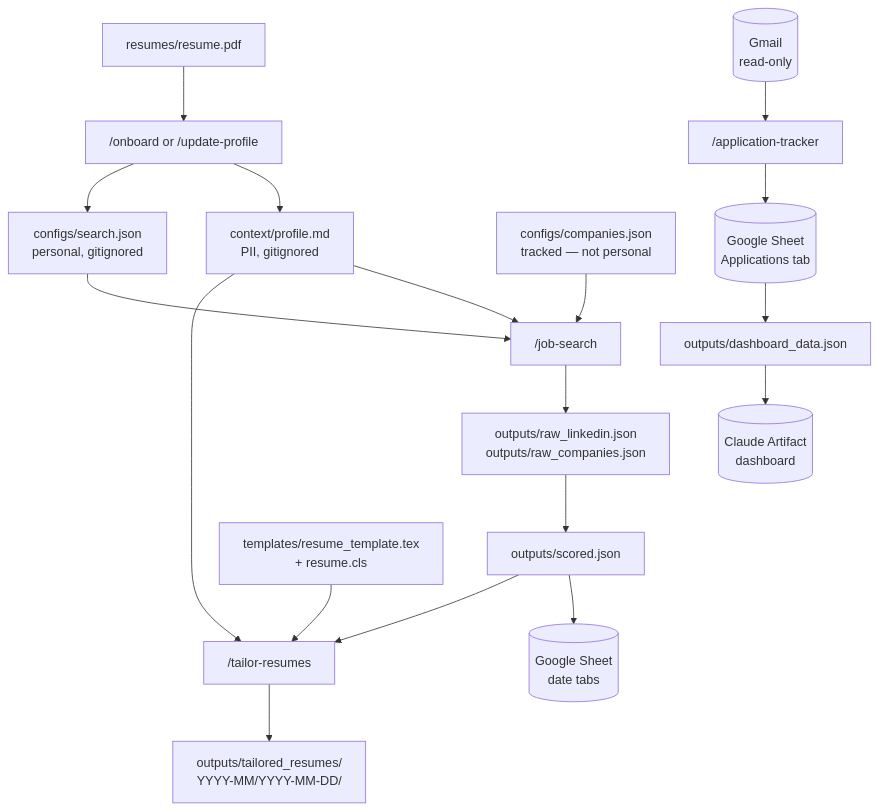
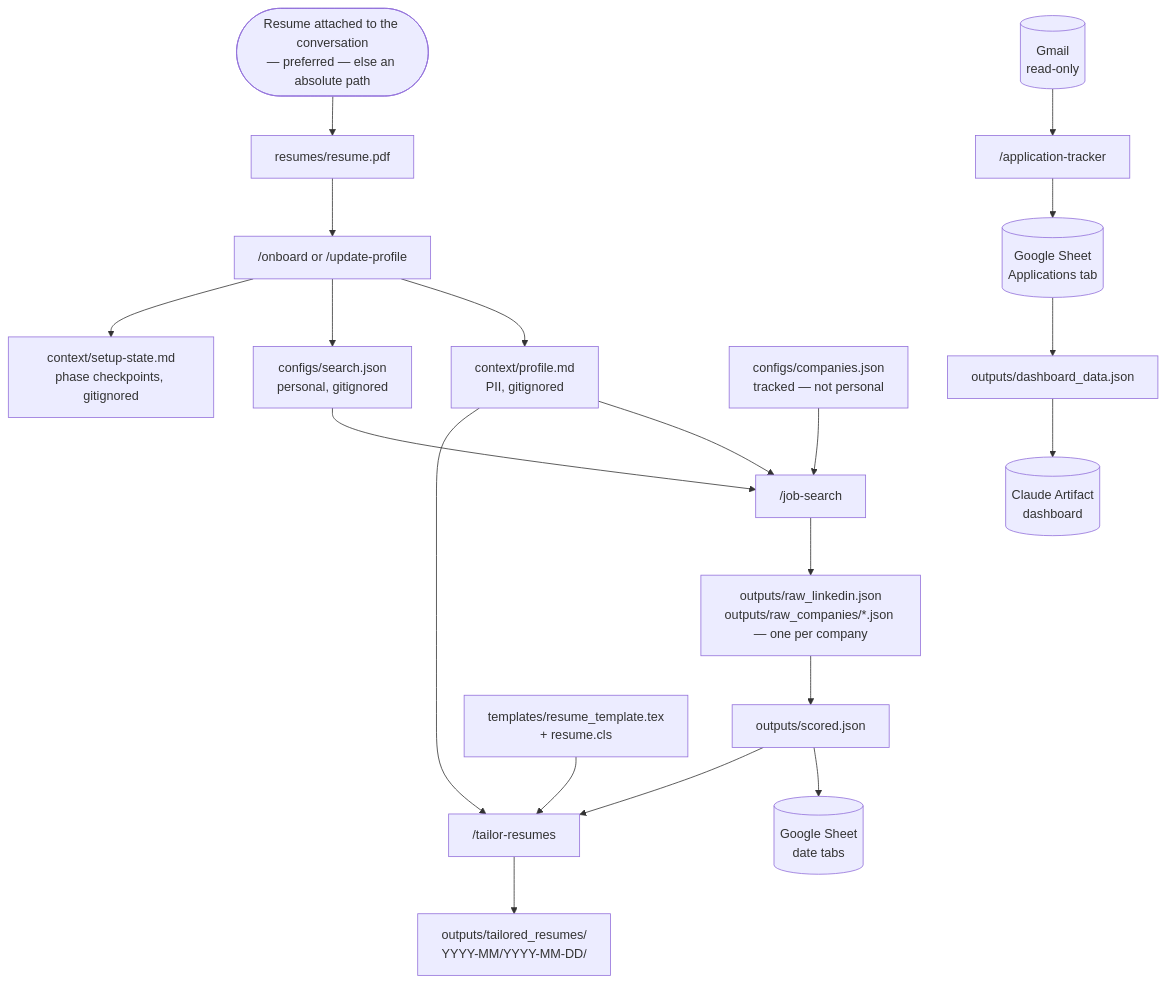
Before and after one commit to SahilGogna/job-search-os: the ninth of 9 diagrams in docs/architecture.md, drawn with Mermaid. The commit also changed other lines of this file and 17 other files, not shown here.

First line of the commit message:
Harden setup: keep credentials out of the transcript, fix resume skills table

````diff
--- a/docs/architecture.md
+++ b/docs/architecture.md
@@ -223,22 +263,24 @@
 ```mermaid
 flowchart TD
-    R["resumes/resume.pdf"] --> ONB["/onboard or /update-profile"]
+    ATTACH(["Resume attached to the conversation<br/>— preferred — else an absolute path"]) --> R["resumes/resume.pdf"]
+    R --> ONB["/onboard or /update-profile"]
     ONB --> PROF["context/profile.md<br/>PII, gitignored"]
     ONB --> CFG["configs/search.json<br/>personal, gitignored"]
+    ONB --> STATE["context/setup-state.md<br/>phase checkpoints, gitignored"]
     COMP["configs/companies.json<br/>tracked — not personal"] --> JS
 
     PROF --> JS["/job-search"]
     CFG --> JS
-    JS --> RAW["outputs/raw_linkedin.json<br/>outputs/raw_companies.json"]
+    JS --> RAW["outputs/raw_linkedin.json<br/>outputs/raw_companies/*.json — one per company"]
     RAW --> SCORED["outputs/scored.json"]
     SCORED --> SHEET[("Google Sheet<br/>date tabs")]
     SCORED --> TR["/tailor-resumes"]
     PROF --> TR
     TPL["templates/resume_template.tex<br/>+ resume.cls"] --> TR
     TR --> PDFS["outputs/tailored_resumes/<br/>YYYY-MM/YYYY-MM-DD/"]
 
     GMAIL[("Gmail<br/>read-only")] --> AT["/application-tracker"]
     AT --> APPTAB[("Google Sheet<br/>Applications tab")]
     APPTAB --> DASH["outputs/dashboard_data.json"]
     DASH --> ART[("Claude Artifact<br/>dashboard")]
 ```
````
